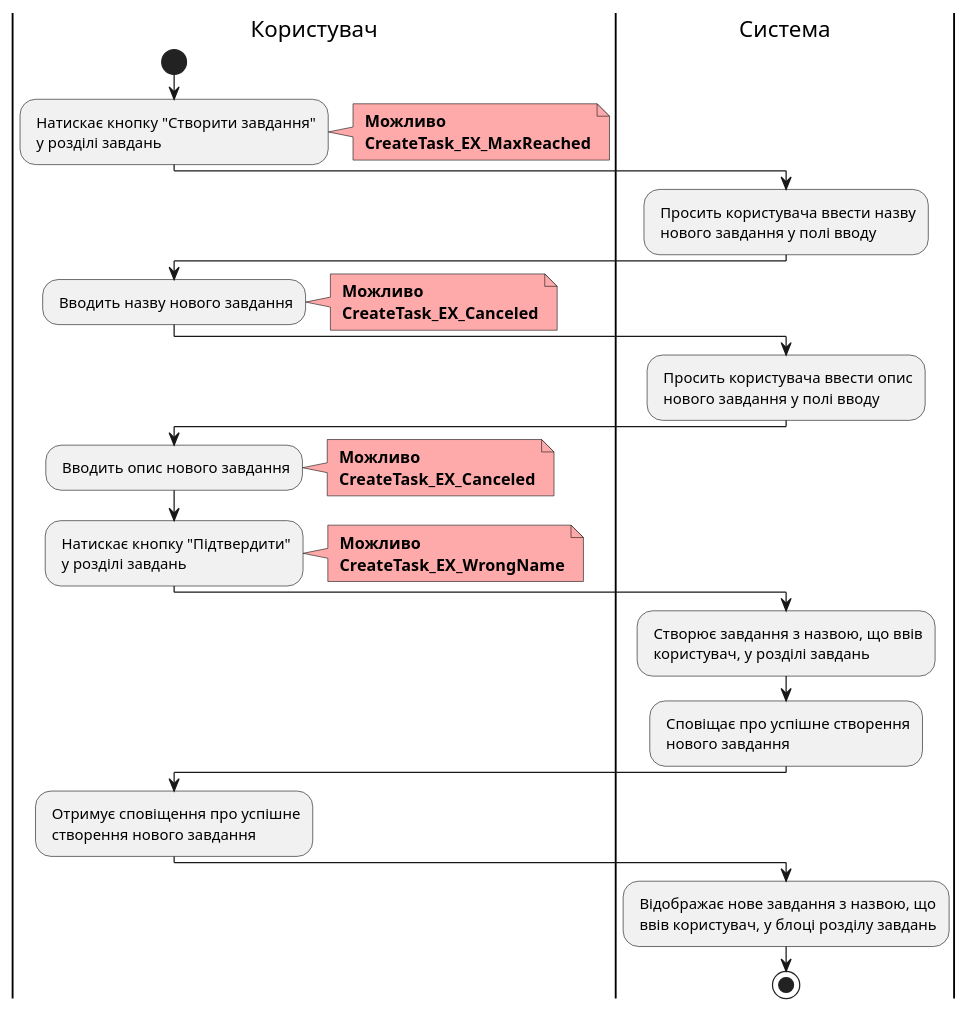
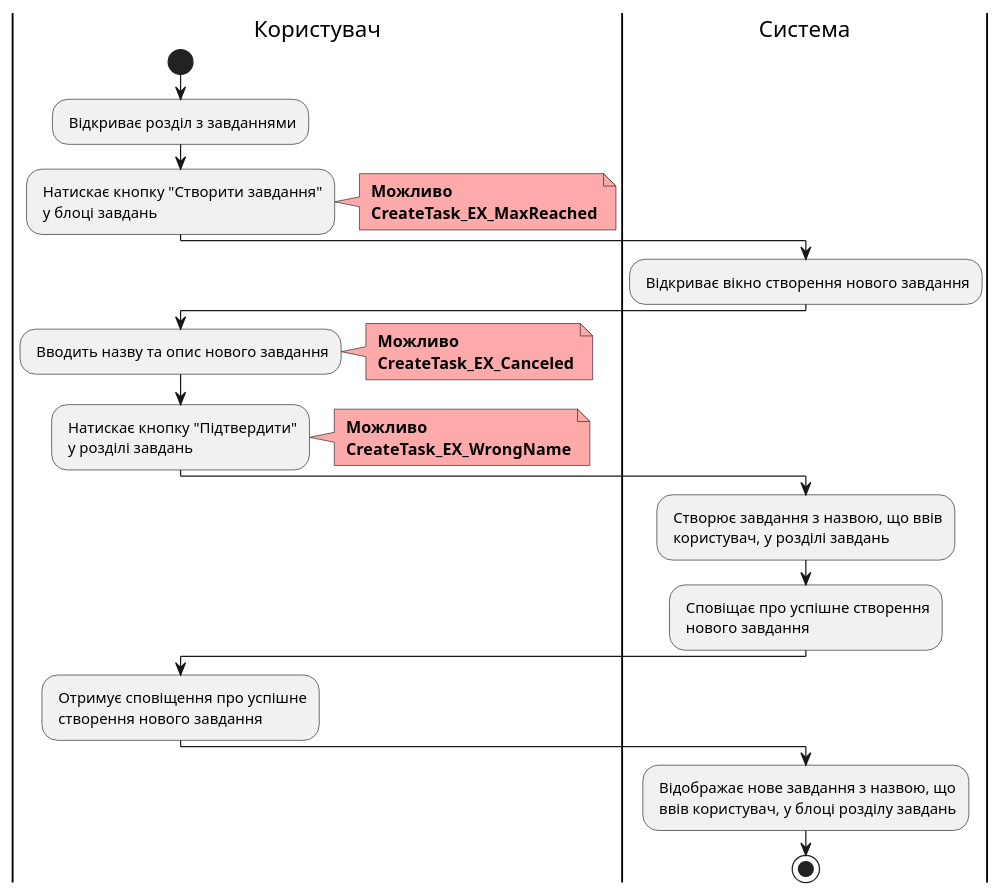
Before and after one commit to boldak/edu-db-cw: diagram 12 of 19 in docs/use cases/README.md, drawn with PlantUML. The commit also changed other lines of this file and 1 other file, not shown here.

```diff
--- a/docs/use cases/README.md
+++ b/docs/use cases/README.md
@@ -755,51 +779,44 @@
 @startuml
 
     |Користувач|
     start
-    : Натискає кнопку "Створити завдання"\n у розділі завдань;
+    : Відкриває розділ з завданнями;
+
+    |Користувач|
+    : Натискає кнопку "Створити завдання"\n у блоці завдань;
     note right #ffaaaa
     <b> Можливо
     <b> CreateTask_EX_MaxReached
     end note
     
     |Система|
-    : Просить користувача ввести назву\n нового завдання у полі вводу;
+    : Відкриває вікно створення нового завдання;
     
     |Користувач|
-    : Вводить назву нового завдання;
+    : Вводить назву та опис нового завдання;
     note right #ffaaaa
     <b> Можливо
     <b> CreateTask_EX_Canceled
-    end note
-    
-    |Система|
-    : Просить користувача ввести опис\n нового завдання у полі вводу;
-        
-    |Користувач|
-    : Вводить опис нового завдання;
-    note right #ffaaaa
-    <b> Можливо
-    <b> CreateTask_EX_Canceled
-    end note    
+    end note 
         
     |Користувач|
     : Натискає кнопку "Підтвердити"\n у розділі завдань;
     note right #ffaaaa
     <b> Можливо
     <b> CreateTask_EX_WrongName
     end note
     
     |Система|
     : Створює завдання з назвою, що ввів\n користувач, у розділі завдань;
     
     |Система|
     : Сповіщає про успішне створення\n нового завдання;
     
     |Користувач|
     : Отримує сповіщення про успішне\n створення нового завдання;
     
     |Система|
     : Відображає нове завдання з назвою, що\n ввів користувач, у блоці розділу завдань;
     stop;
 
 @enduml
```
